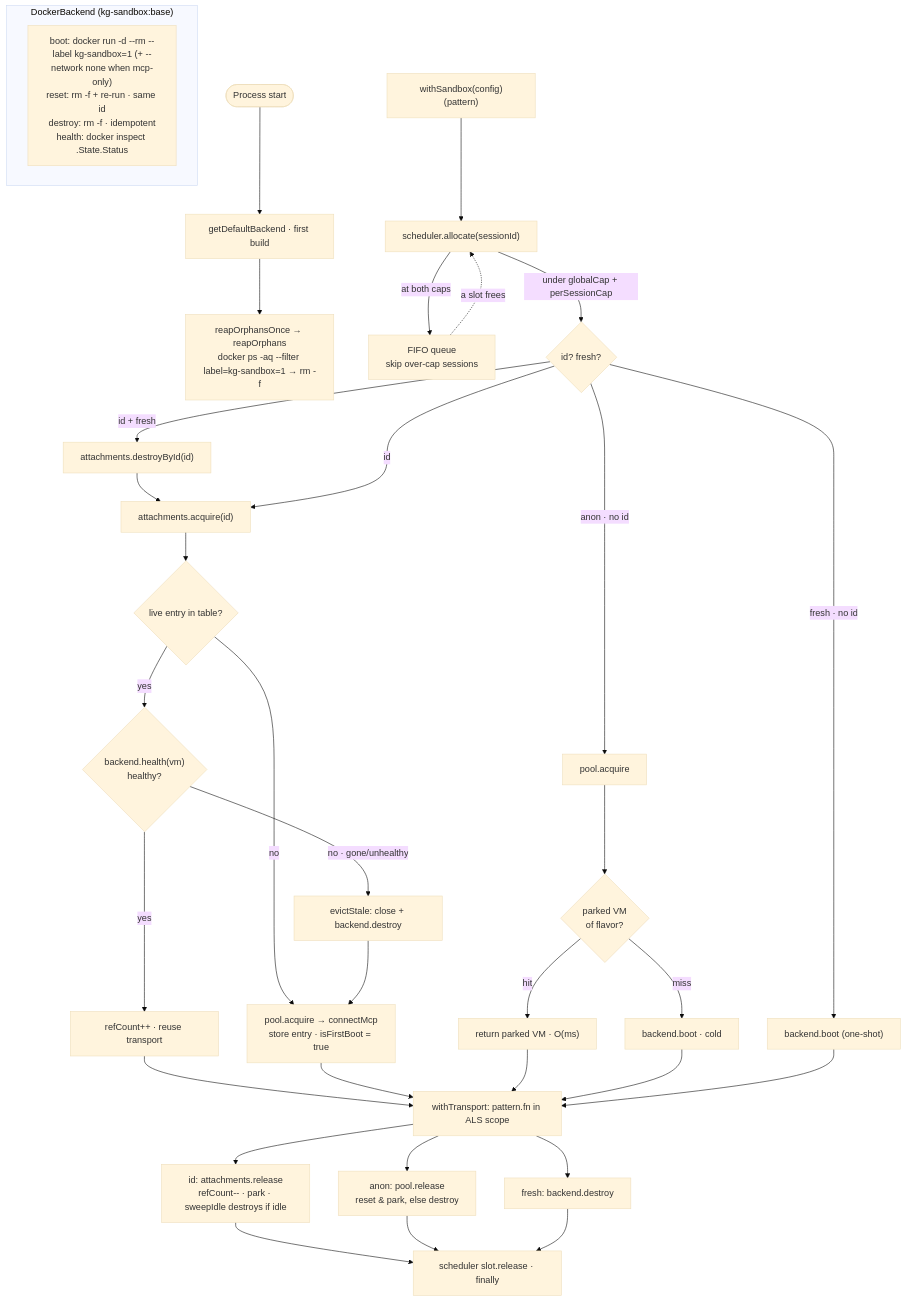
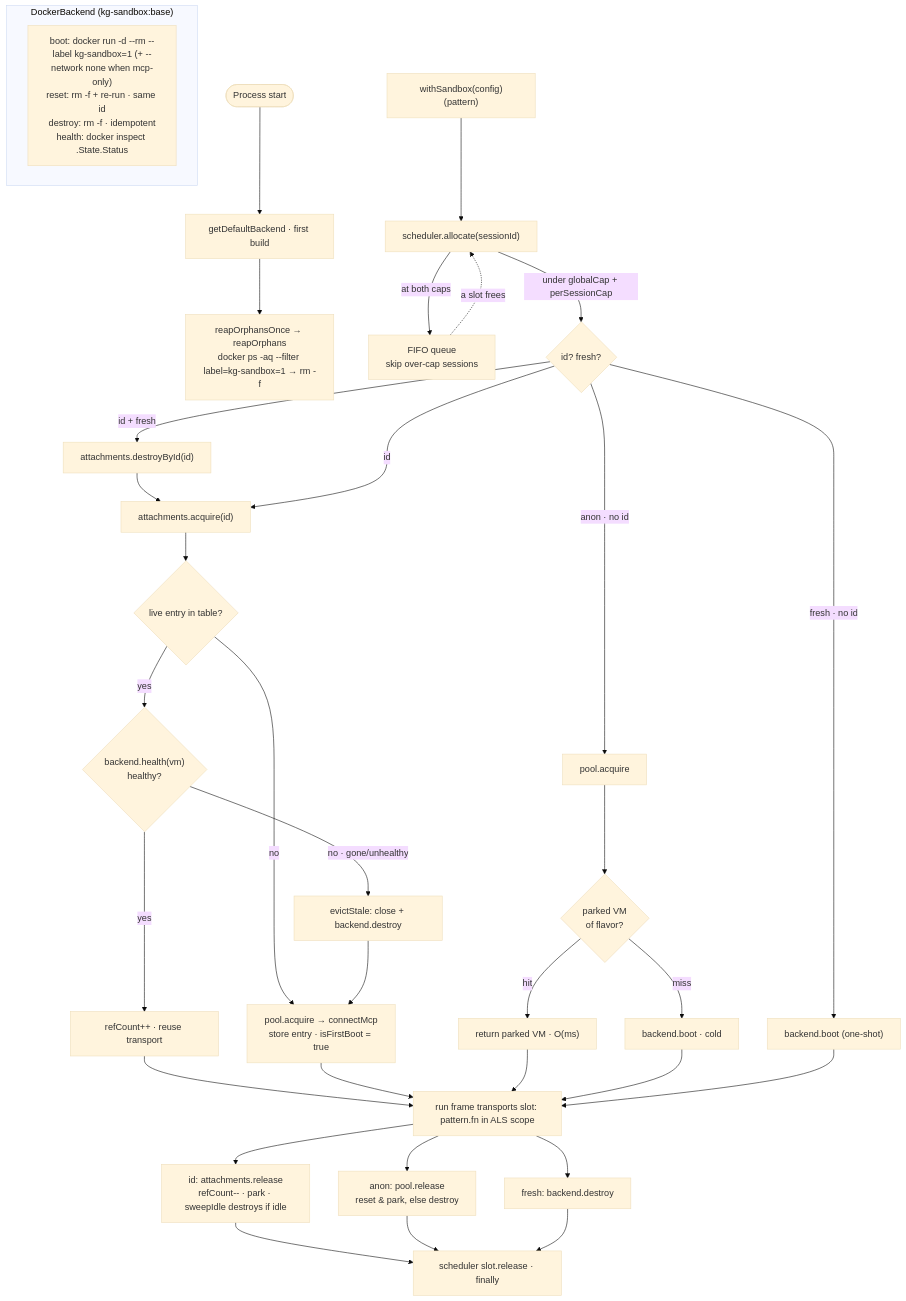
The second of 4 diagrams in docs/data-flow.md (mknw/hames-playground), drawn with Mermaid (base theme) before and after one commit. The commit also changed 60 other files, not shown here.

````diff
--- a/docs/data-flow.md
+++ b/docs/data-flow.md
@@ -116,44 +116,44 @@
 ```mermaid
 flowchart TD
     START(["Process start"]) --> BUILD["getDefaultBackend · first build"]
     BUILD --> REAP["reapOrphansOnce → reapOrphans<br/>docker ps -aq --filter label=kg-sandbox=1 → rm -f"]
 
     CALL["withSandbox(config)(pattern)"] --> ALLOC["scheduler.allocate(sessionId)"]
     ALLOC -->|"at both caps"| QUEUE["FIFO queue<br/>skip over-cap sessions"]
     QUEUE -.->|"a slot frees"| ALLOC
     ALLOC -->|"under globalCap + perSessionCap"| BRANCH{"id? fresh?"}
 
     BRANCH -->|"anon · no id"| POOLA["pool.acquire"]
     BRANCH -->|"fresh · no id"| BOOTF["backend.boot (one-shot)"]
     BRANCH -->|"id + fresh"| DESTROYID["attachments.destroyById(id)"]
     DESTROYID --> ACQ
     BRANCH -->|"id"| ACQ["attachments.acquire(id)"]
 
     ACQ --> HIT{"live entry in table?"}
     HIT -->|"no"| COLD["pool.acquire → connectMcp<br/>store entry · isFirstBoot = true"]
     HIT -->|"yes"| HEALTH{"backend.health(vm)<br/>healthy?"}
     HEALTH -->|"yes"| REUSE["refCount++ · reuse transport"]
     HEALTH -->|"no · gone/unhealthy"| EVICT["evictStale: close + backend.destroy"]
     EVICT --> COLD
 
     POOLA --> PHIT{"parked VM<br/>of flavor?"}
     PHIT -->|"hit"| PARKED["return parked VM · O(ms)"]
     PHIT -->|"miss"| CBOOT["backend.boot · cold"]
 
-    REUSE --> RUN["withTransport: pattern.fn in ALS scope"]
+    REUSE --> RUN["run frame transports slot: pattern.fn in ALS scope"]
     COLD --> RUN
     PARKED --> RUN
     CBOOT --> RUN
     BOOTF --> RUN
 
     RUN --> RELID["id: attachments.release<br/>refCount-- · park · sweepIdle destroys if idle"]
     RUN --> RELPOOL["anon: pool.release<br/>reset & park, else destroy"]
     RUN --> RELFRESH["fresh: backend.destroy"]
     RELID --> SLOT["scheduler slot.release · finally"]
     RELPOOL --> SLOT
     RELFRESH --> SLOT
 
     subgraph backend["DockerBackend (kg-sandbox:base)"]
         BK["boot: docker run -d --rm --label kg-sandbox=1 (+ --network none when mcp-only)<br/>reset: rm -f + re-run · same id<br/>destroy: rm -f · idempotent<br/>health: docker inspect .State.Status"]
     end
 ```
````
